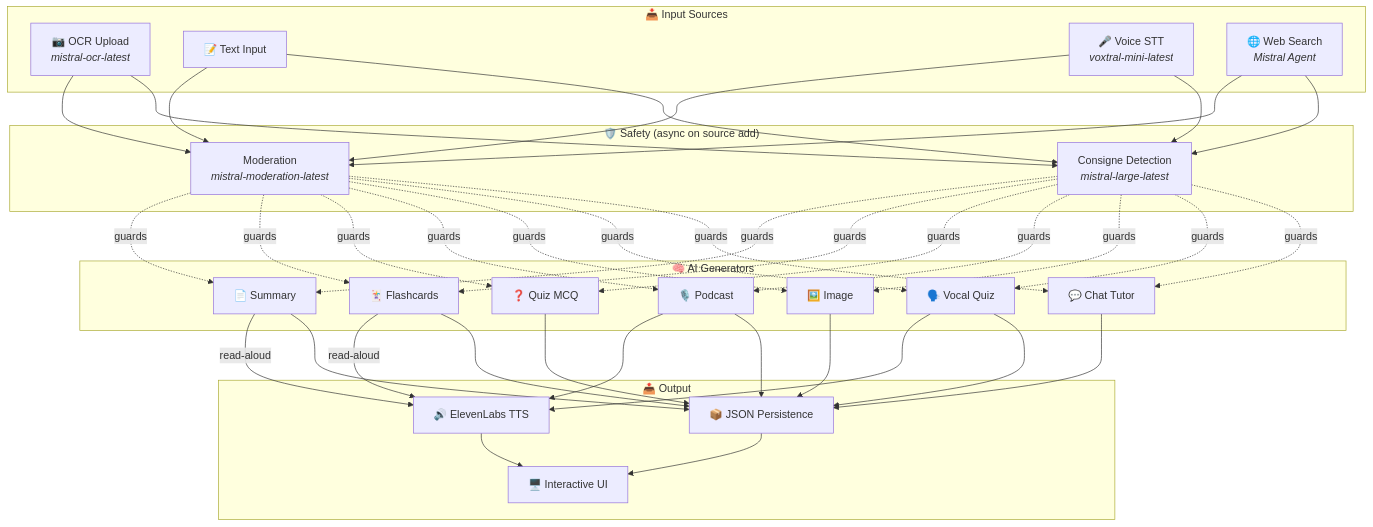
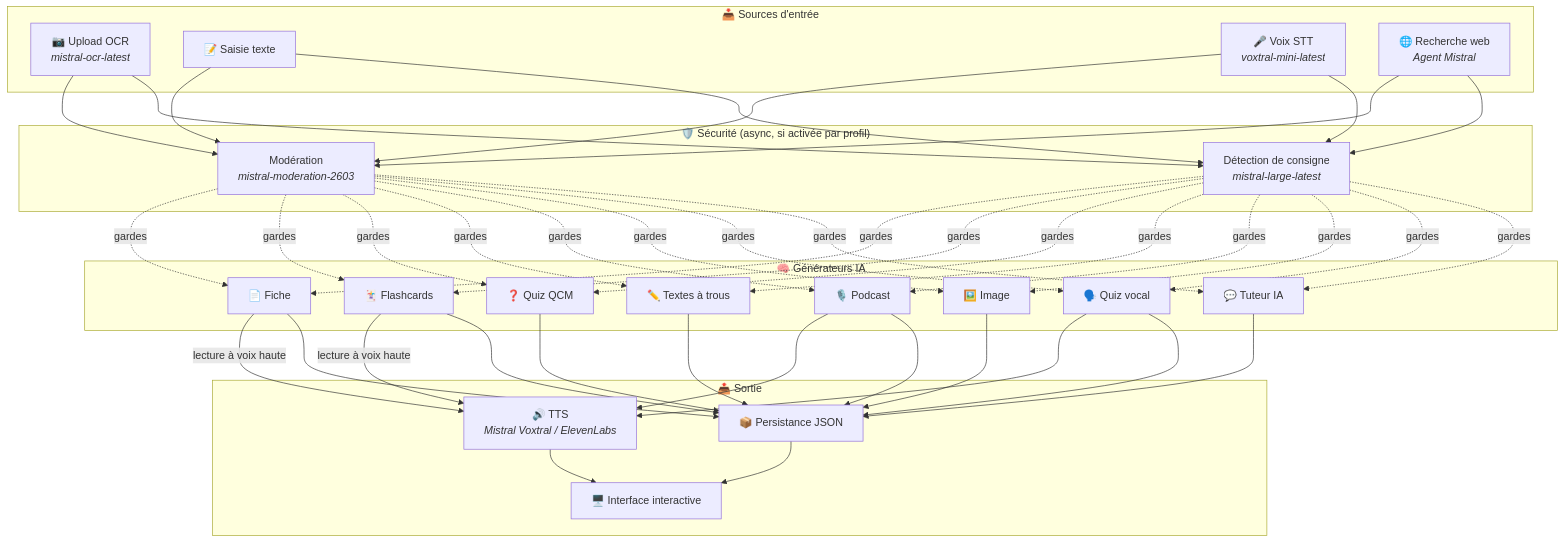
The first of 3 diagrams in README-en.md (jls42/EurekAI), drawn with Mermaid before and after one commit. The commit also changed other lines of this file and 52 other files, not shown here.

````diff
--- a/README-en.md
+++ b/README-en.md
@@ -58,39 +72,40 @@
 ```mermaid
 graph TD
-    subgraph "📥 Input Sources"
-        OCR["📷 OCR Upload<br/><i>mistral-ocr-latest</i>"]
-        TXT["📝 Text Input"]
-        MIC["🎤 Voice STT<br/><i>voxtral-mini-latest</i>"]
-        WEB["🌐 Web Search<br/><i>Mistral Agent</i>"]
+    subgraph "📥 Sources d'entrée"
+        OCR["📷 Upload OCR<br/><i>mistral-ocr-latest</i>"]
+        TXT["📝 Saisie texte"]
+        MIC["🎤 Voix STT<br/><i>voxtral-mini-latest</i>"]
+        WEB["🌐 Recherche web<br/><i>Agent Mistral</i>"]
     end
 
-    subgraph "🛡️ Safety (async on source add)"
-        MOD["Moderation<br/><i>mistral-moderation-latest</i>"]
-        CON["Consigne Detection<br/><i>mistral-large-latest</i>"]
+    subgraph "🛡️ Sécurité (async, si activée par profil)"
+        MOD["Modération<br/><i>mistral-moderation-2603</i>"]
+        CON["Détection de consigne<br/><i>mistral-large-latest</i>"]
     end
 
-    subgraph "🧠 AI Generators"
-        SUM["📄 Summary"]
+    subgraph "🧠 Générateurs IA"
+        SUM["📄 Fiche"]
         FC["🃏 Flashcards"]
-        QZ["❓ Quiz MCQ"]
+        QZ["❓ Quiz QCM"]
+        FB["✏️ Textes à trous"]
         POD["🎙️ Podcast"]
         IMG["🖼️ Image"]
-        QV["🗣️ Vocal Quiz"]
-        CHAT["💬 Chat Tutor"]
+        QV["🗣️ Quiz vocal"]
+        CHAT["💬 Tuteur IA"]
     end
 
-    subgraph "📤 Output"
-        TTS["🔊 ElevenLabs TTS"]
-        JSON["📦 JSON Persistence"]
-        UI["🖥️ Interactive UI"]
+    subgraph "📤 Sortie"
+        TTS["🔊 TTS<br/><i>Mistral Voxtral / ElevenLabs</i>"]
+        JSON["📦 Persistance JSON"]
+        UI["🖥️ Interface interactive"]
     end
 
     OCR & TXT & MIC & WEB --> MOD & CON
-    MOD & CON -.->|guards| SUM & FC & QZ & POD & IMG & QV & CHAT
+    MOD & CON -.->|gardes| SUM & FC & QZ & FB & POD & IMG & QV & CHAT
     POD --> TTS
     QV --> TTS
-    SUM & FC -->|read-aloud| TTS
-    SUM & FC & QZ & POD & IMG & QV & CHAT --> JSON
+    SUM & FC -->|lecture à voix haute| TTS
+    SUM & FC & QZ & FB & POD & IMG & QV & CHAT --> JSON
     JSON --> UI
     TTS --> UI
 ```
````
